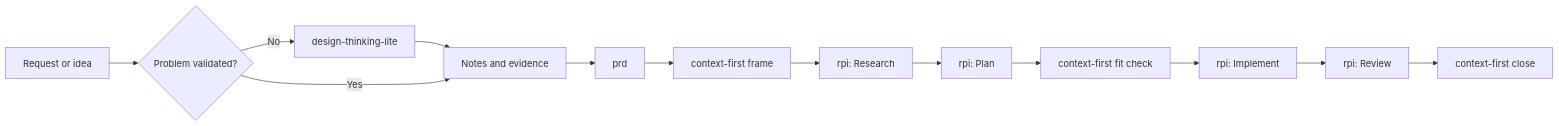
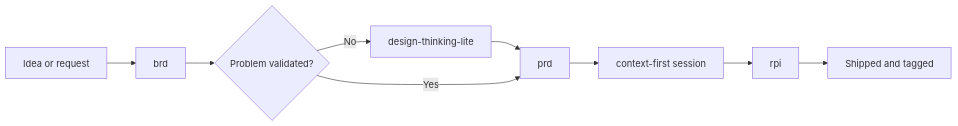
Before and after one commit to bartr/skills: the diagram in README.md, drawn with Mermaid. The commit also changed other lines of this file and 4 other files, not shown here.

````diff
--- a/README.md
+++ b/README.md
@@ -30,15 +36,11 @@
 ```mermaid
 flowchart LR
-    A[Request or idea] --> B{Problem validated?}
-    B -- No --> C[design-thinking-lite]
-    C --> D[Notes and evidence]
-    B -- Yes --> D
+    A[Idea or request] --> B[brd]
+    B --> C{Problem validated?}
+    C -- No --> D[design-thinking-lite]
     D --> E[prd]
-    E --> F[context-first frame]
-    F --> G[rpi: Research]
-    G --> H[rpi: Plan]
-    H --> I[context-first fit check]
-    I --> J[rpi: Implement]
-    J --> K[rpi: Review]
-    K --> L[context-first close]
+    C -- Yes --> E
+    E --> F[context-first session]
+    F --> G[rpi]
+    G --> H[Shipped and tagged]
 ```
````
